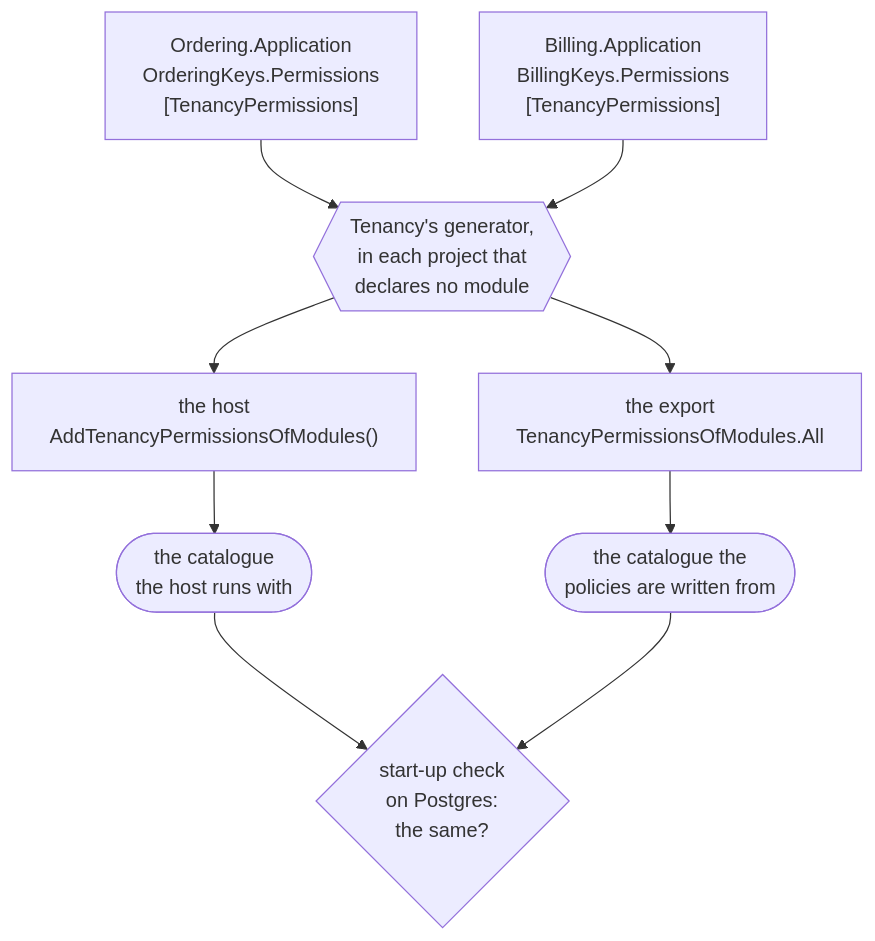
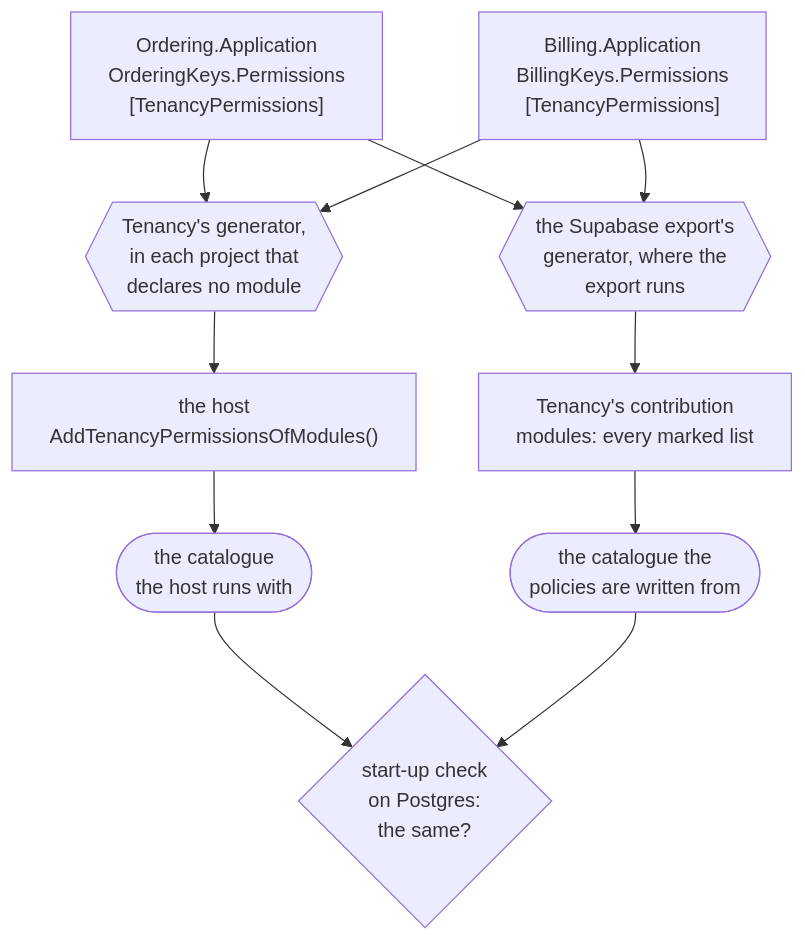
Before and after one commit to DylanSnel/DDDToolkit: the fifth of 26 diagrams in docs/tenancy.md, drawn with Mermaid. The commit also changed other lines of this file and 86 other files, not shown here.

````diff
--- a/docs/tenancy.md
+++ b/docs/tenancy.md
@@ -662,15 +664,18 @@
 ```mermaid
 flowchart TB
     Ordering["Ordering.Application<br/>OrderingKeys.Permissions<br/>[TenancyPermissions]"]
     Billing["Billing.Application<br/>BillingKeys.Permissions<br/>[TenancyPermissions]"]
     Generator{{"Tenancy's generator,<br/>in each project that<br/>declares no module"}}
+    Supabase{{"the Supabase export's<br/>generator, where the<br/>export runs"}}
     Host["the host<br/>AddTenancyPermissionsOfModules()"]
-    Export["the export<br/>TenancyPermissionsOfModules.All"]
+    Export["Tenancy's contribution<br/>modules: every marked list"]
     Running(["the catalogue<br/>the host runs with"])
     Written(["the catalogue the<br/>policies are written from"])
     Check{"start-up check<br/>on Postgres:<br/>the same?"}
     Ordering --> Generator
     Billing --> Generator
+    Ordering --> Supabase
+    Billing --> Supabase
     Generator --> Host --> Running --> Check
-    Generator --> Export --> Written --> Check
+    Supabase --> Export --> Written --> Check
 ```
````
